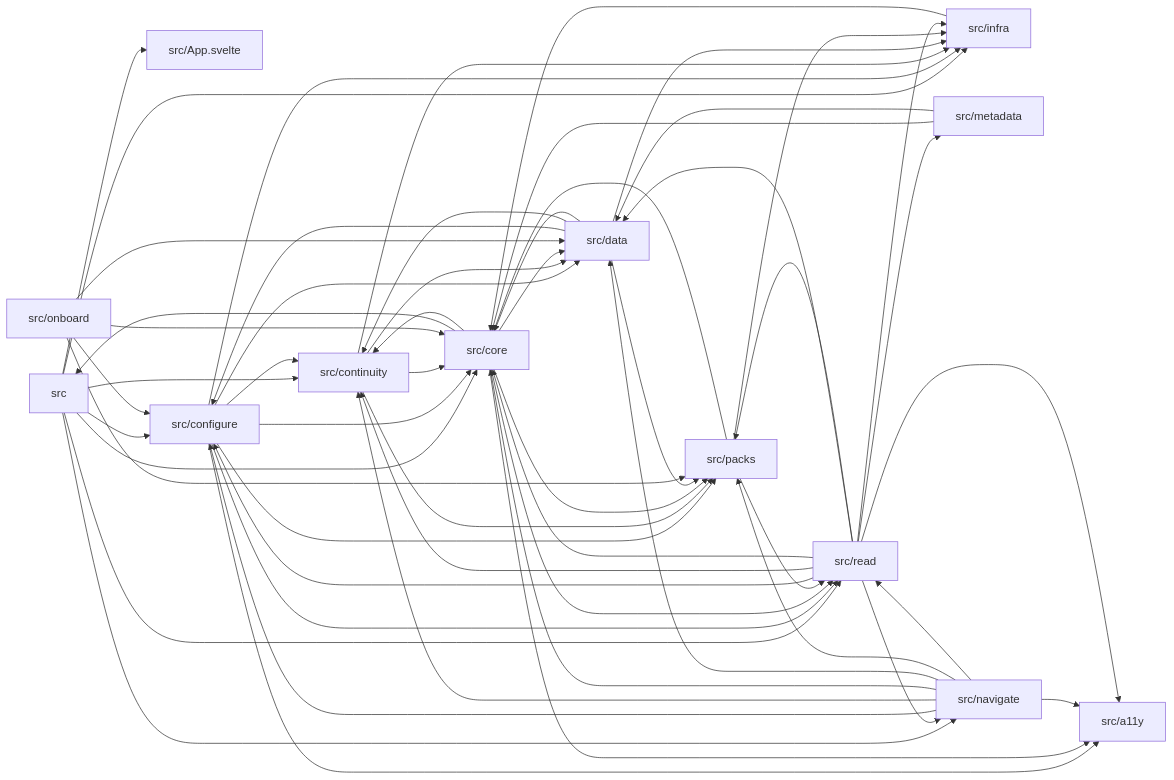
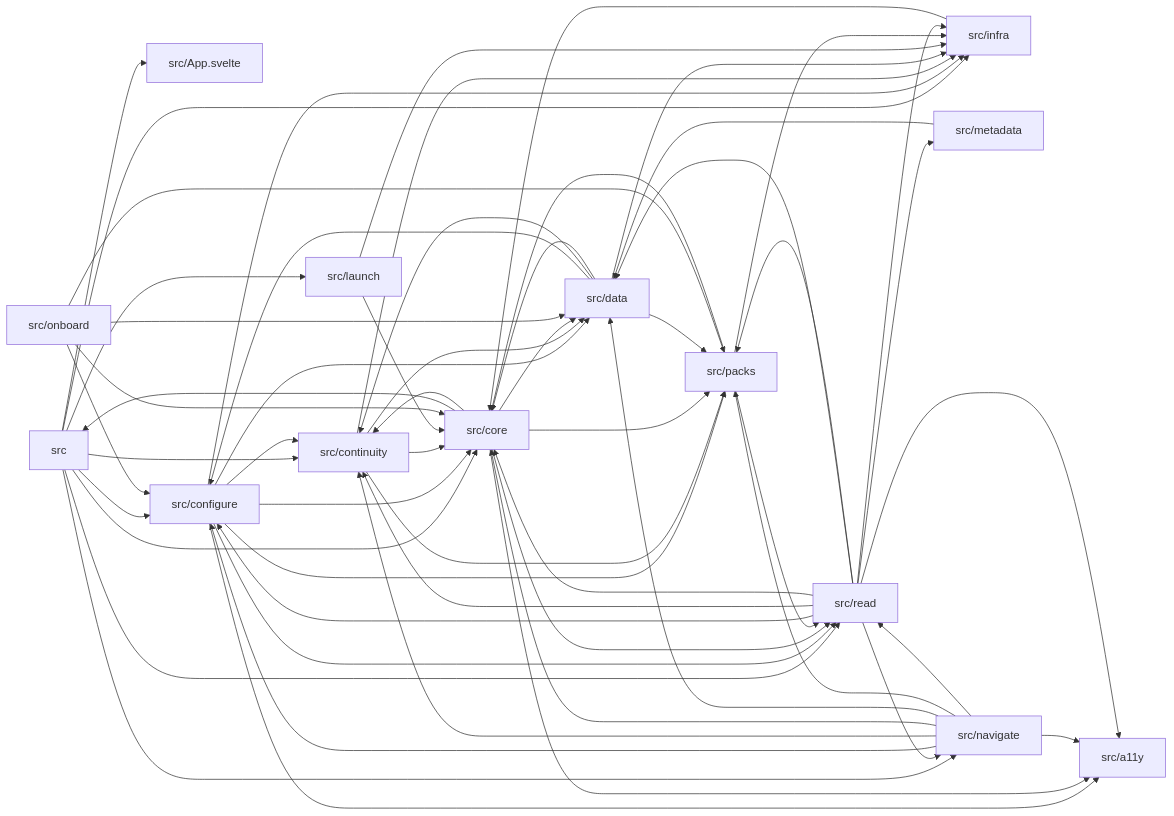
The diagram in docs/context/module-graph.md (Omar-MD/QuranAtlas), drawn with Mermaid before and after one commit. The commit also changed other lines of this file and 24 other files, not shown here.

````diff
--- a/docs/context/module-graph.md
+++ b/docs/context/module-graph.md
@@ -10,71 +10,74 @@
 ```mermaid
 graph LR
   src["src"]
   src_App_svelte["src/App.svelte"]
   src_a11y["src/a11y"]
   src_configure["src/configure"]
   src_continuity["src/continuity"]
   src_core["src/core"]
   src_data["src/data"]
   src_infra["src/infra"]
+  src_launch["src/launch"]
   src_metadata["src/metadata"]
   src_navigate["src/navigate"]
   src_onboard["src/onboard"]
   src_packs["src/packs"]
   src_read["src/read"]
   src --> src_App_svelte
   src --> src_configure
   src --> src_continuity
   src --> src_core
   src --> src_infra
+  src --> src_launch
   src --> src_navigate
   src --> src_read
   src_configure --> src_a11y
   src_configure --> src_continuity
   src_configure --> src_core
   src_configure --> src_data
   src_configure --> src_infra
   src_configure --> src_packs
   src_configure --> src_read
   src_continuity --> src_core
   src_continuity --> src_data
   src_continuity --> src_infra
   src_continuity --> src_packs
   src_core --> src
   src_core --> src_a11y
   src_core --> src_continuity
   src_core --> src_data
   src_core --> src_packs
   src_core --> src_read
   src_data --> src_configure
   src_data --> src_continuity
   src_data --> src_core
   src_data --> src_infra
   src_data --> src_packs
   src_infra --> src_core
-  src_metadata --> src_core
+  src_launch --> src_core
+  src_launch --> src_infra
   src_metadata --> src_data
   src_navigate --> src_a11y
   src_navigate --> src_configure
   src_navigate --> src_continuity
   src_navigate --> src_core
   src_navigate --> src_data
   src_navigate --> src_packs
   src_navigate --> src_read
   src_onboard --> src_configure
   src_onboard --> src_core
   src_onboard --> src_data
   src_onboard --> src_packs
   src_packs --> src_core
   src_packs --> src_infra
   src_packs --> src_read
   src_read --> src_a11y
   src_read --> src_configure
   src_read --> src_continuity
   src_read --> src_core
   src_read --> src_data
   src_read --> src_infra
   src_read --> src_metadata
   src_read --> src_navigate
   src_read --> src_packs
 ```
````
